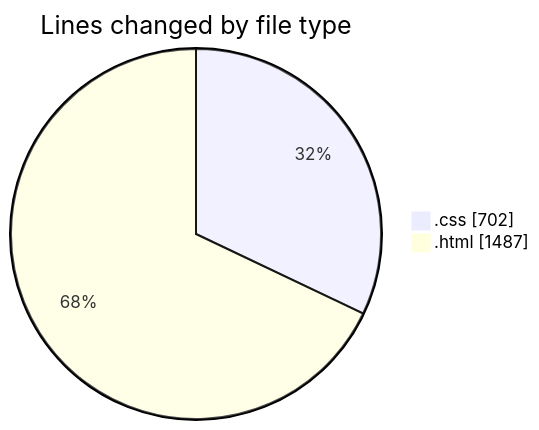
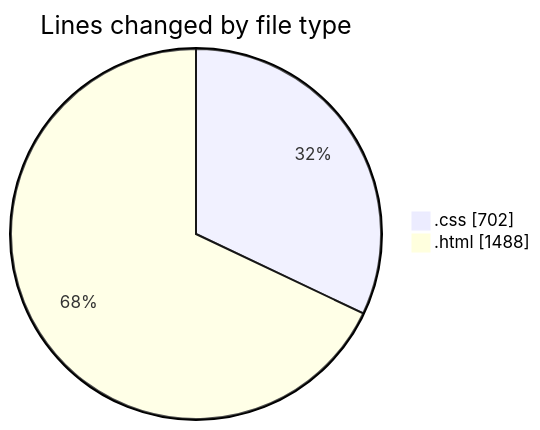
The first of 2 diagrams in 2025-06-21/portfolio/README.md (Ritupan-Deka/code-tracking), drawn with Mermaid before and after one commit. The commit also changed other lines of this file and 1 other file, not shown here.

````diff
--- a/2025-06-21/portfolio/README.md
+++ b/2025-06-21/portfolio/README.md
@@ -23,6 +23,6 @@
 ```mermaid
 pie showData
 title Lines changed by file type
 ".css" : 702
-".html" : 1487
+".html" : 1488
 ```
````
